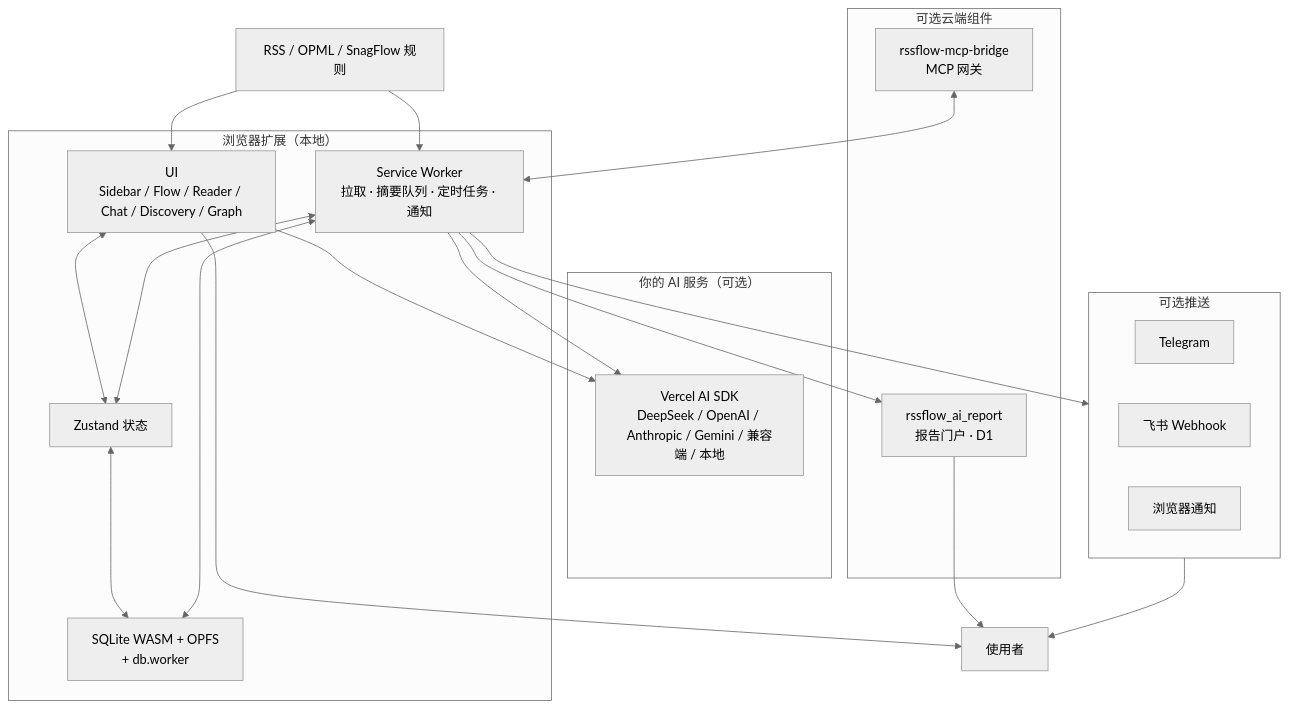
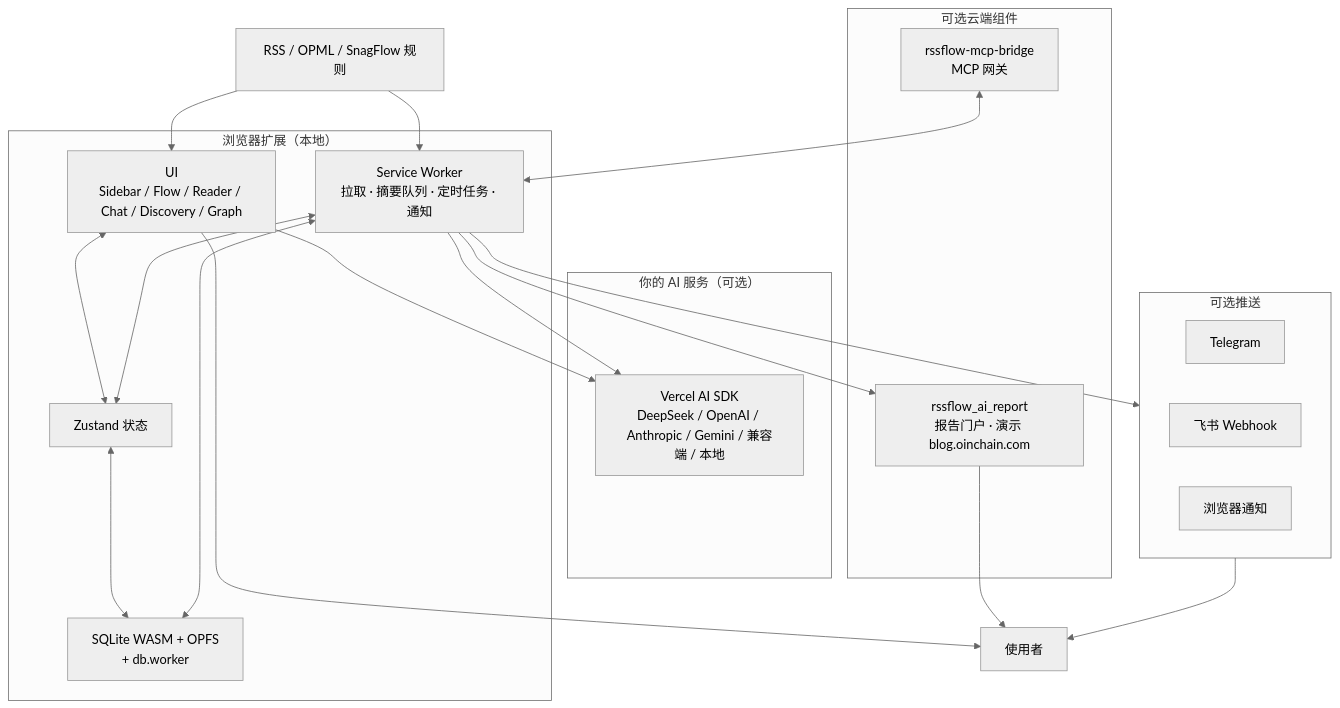
Before and after one commit to Pizone-ai/RSSFlow-doc: the diagram in README.md, drawn with Mermaid (neutral theme). The commit also changed other lines of this file and 1 other file, not shown here.

First line of the commit message:
docs: highlight report portal demo and tighten README accuracy

````diff
--- a/README.md
+++ b/README.md
@@ -219,39 +230,39 @@
 ```mermaid
 graph TD
     subgraph Browser["浏览器扩展（本地）"]
         UI["UI<br/>Sidebar / Flow / Reader / Chat / Discovery / Graph"]
         State["Zustand 状态"]
         BG["Service Worker<br/>拉取 · 摘要队列 · 定时任务 · 通知"]
         DB["SQLite WASM + OPFS<br/>+ db.worker"]
         UI <--> State
         State <--> DB
         BG <--> DB
         BG <--> State
     end
 
     subgraph LLM["你的 AI 服务（可选）"]
         AISDK["Vercel AI SDK<br/>DeepSeek / OpenAI / Anthropic / Gemini / 兼容端 / 本地"]
     end
 
     subgraph CloudOpt["可选云端组件"]
-        Report["rssflow_ai_report<br/>报告门户 · D1"]
+        Report["rssflow_ai_report<br/>报告门户 · 演示 blog.oinchain.com"]
         MCP["rssflow-mcp-bridge<br/>MCP 网关"]
     end
 
     subgraph Push["可选推送"]
         TG["Telegram"]
         FS["飞书 Webhook"]
         BN["浏览器通知"]
     end
 
     RSS["RSS / OPML / SnagFlow 规则"] --> BG
     RSS --> UI
     UI --> AISDK
     BG --> AISDK
     BG --> Push
     BG --> Report
     MCP <--> BG
     UI --> User["使用者"]
     Push --> User
     Report --> User
 ```
````
